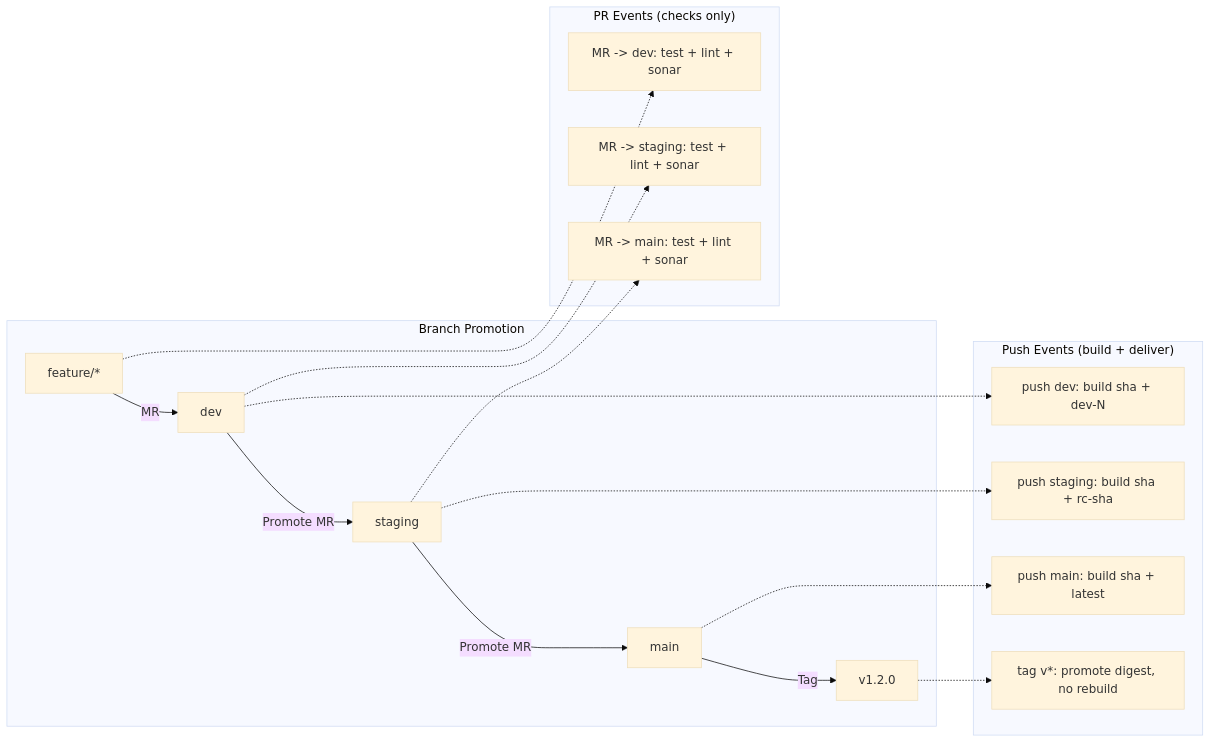
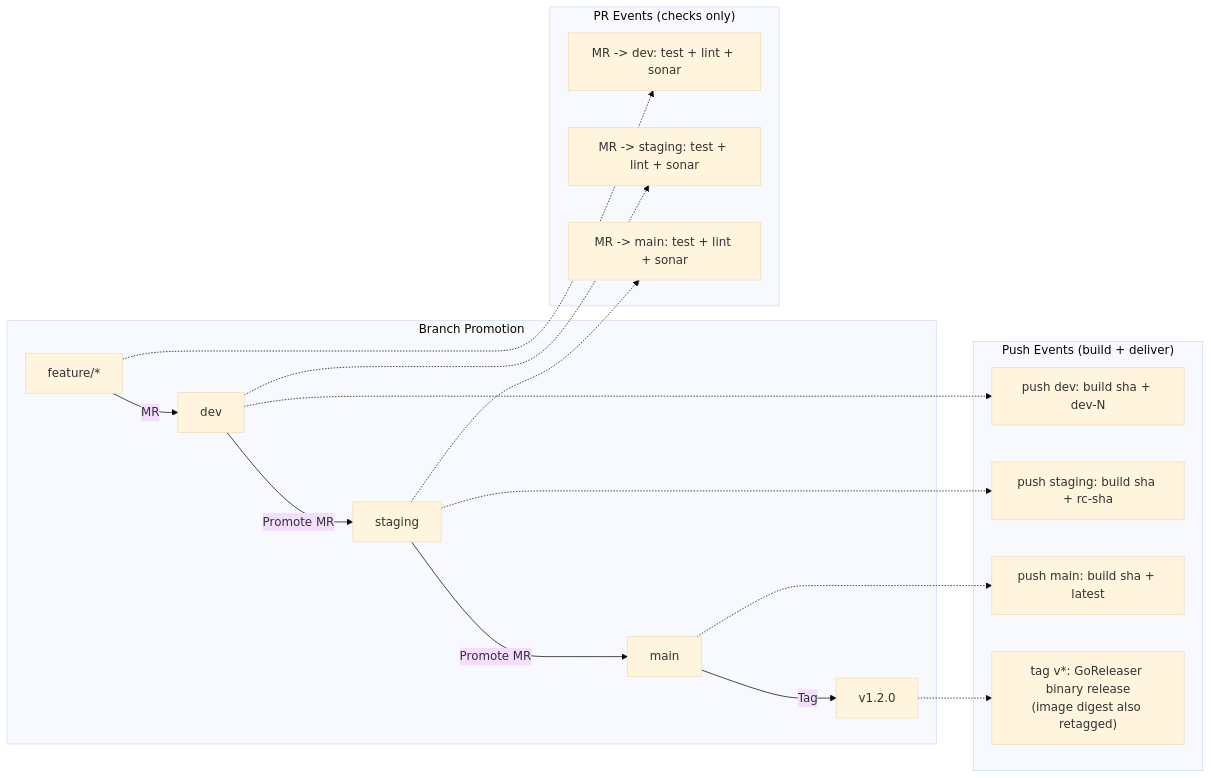
One commit to duynhlab/homelab changed the fourth of 13 diagrams in docs/platform/cicd.md. Above: the diagram before and after it, drawn with Mermaid (base theme). The commit also changed other lines of this file and 3 other files, not shown here.

````diff
--- a/docs/platform/cicd.md
+++ b/docs/platform/cicd.md
@@ -136,30 +144,30 @@
 ```mermaid
 flowchart LR
     subgraph branches ["Branch Promotion"]
         F["feature/*"] -->|"MR"| D["dev"]
         D -->|"Promote MR"| S["staging"]
         S -->|"Promote MR"| M["main"]
         M -->|"Tag"| T["v1.2.0"]
     end
 
     subgraph ci_pr ["PR Events (checks only)"]
         PR_D["MR -> dev: test + lint + sonar"]
         PR_S["MR -> staging: test + lint + sonar"]
         PR_M["MR -> main: test + lint + sonar"]
     end
 
     subgraph ci_push ["Push Events (build + deliver)"]
         P_D["push dev: build sha + dev-N"]
         P_S["push staging: build sha + rc-sha"]
         P_M["push main: build sha + latest"]
-        P_T["tag v*: promote digest, no rebuild"]
+        P_T["tag v*: GoReleaser binary release<br/>(image digest also retagged)"]
     end
 
     F -.-> PR_D
     D -.-> P_D
     D -.-> PR_S
     S -.-> P_S
     S -.-> PR_M
     M -.-> P_M
     T -.-> P_T
 ```
````
